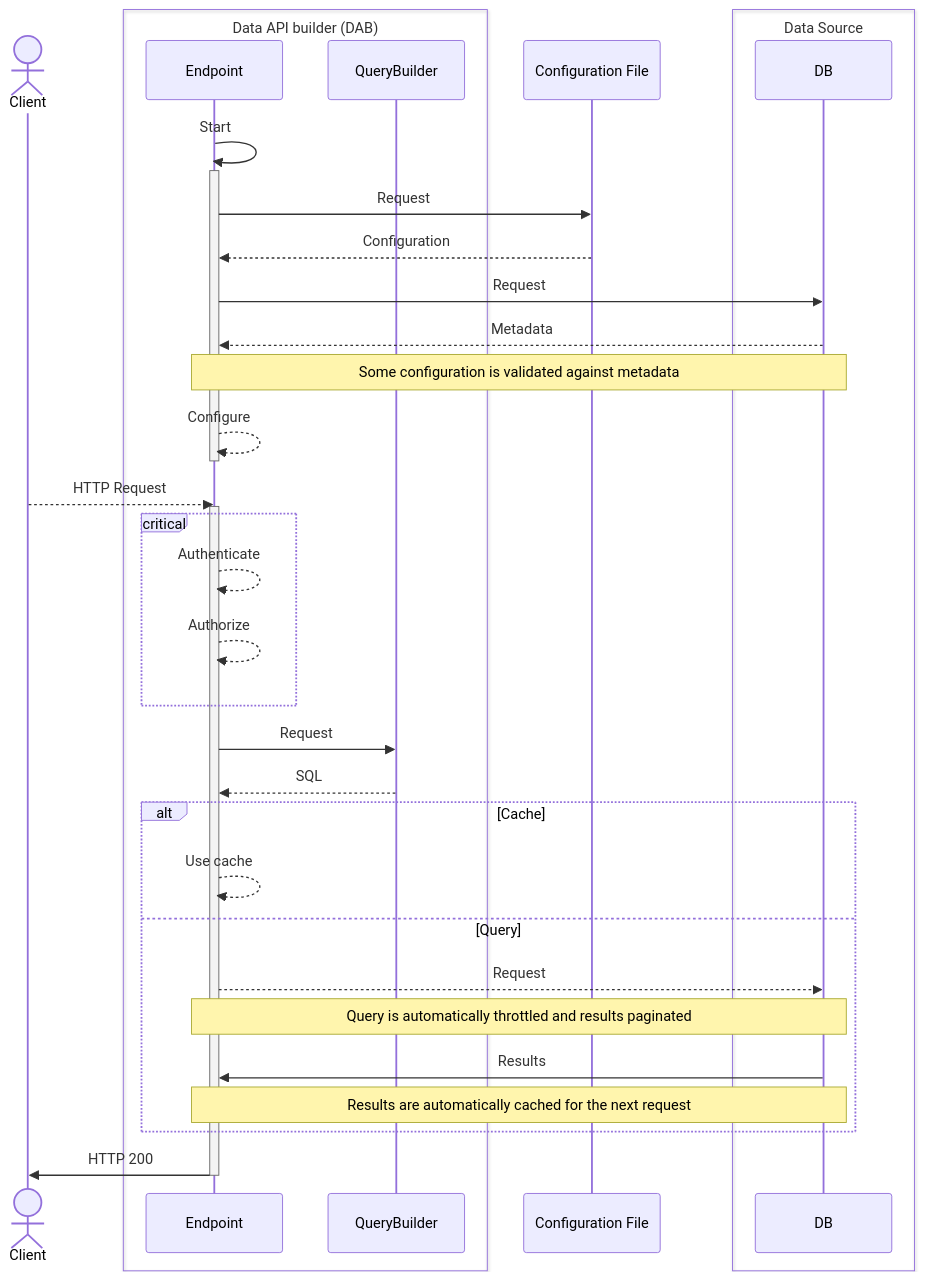
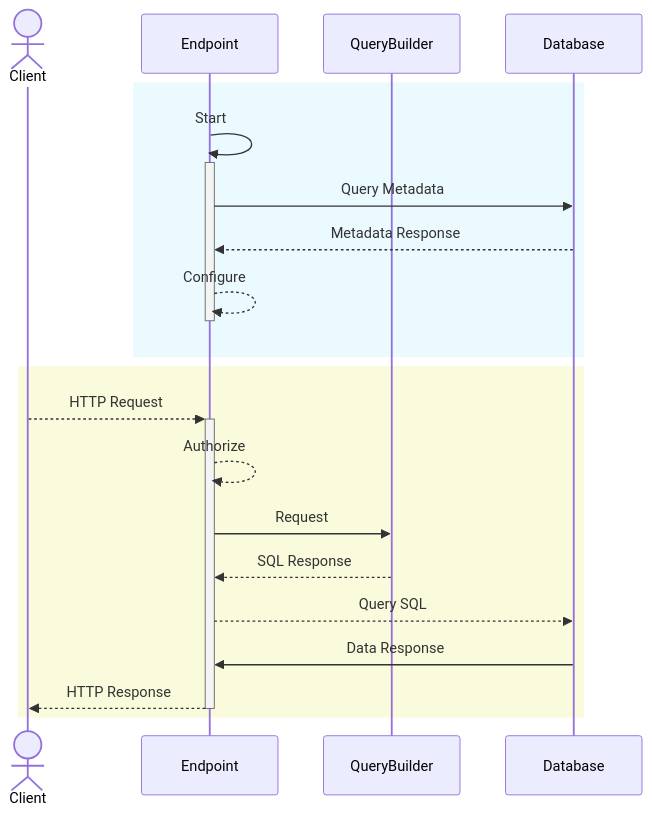
One commit to Azure/data-api-builder changed the diagram in README.md. Above: the diagram before and after it, drawn with Mermaid.

Commit message:
Updated mermaid

````diff
--- a/README.md
+++ b/README.md
@@ -199,43 +199,26 @@
 ```mermaid
 sequenceDiagram
-    actor Client
+  actor Client as Client
+  participant Endpoint as Endpoint
+  participant QueryBuilder as QueryBuilder
+  participant DB as Database
 
-    box Data API builder (DAB)
-        participant Endpoint
-        participant QueryBuilder
-    end
+  %% Initialization / Warming up section
+  rect rgb(235, 250, 255)
+    Endpoint ->>+ Endpoint: Start
+    Endpoint ->> DB: Query Metadata
+    DB -->> Endpoint: Metadata Response
+    Endpoint -->>- Endpoint: Configure
+  end
 
-    participant Configuration as Configuration File
-
-    box Data Source
-        participant DB
-    end
-
-    Endpoint->>Endpoint: Start
-    activate Endpoint
-        Endpoint->>Configuration: Request
-        Configuration-->>Endpoint: Configuration
-        Endpoint->>DB: Request
-        DB-->>Endpoint: Metadata
-            Note over Endpoint, DB: Some configuration is validated against metadata
-        Endpoint-->>Endpoint: Configure
-    deactivate Endpoint
-    Client-->>Endpoint: HTTP Request
-    activate Endpoint
-        critical
-        Endpoint-->>Endpoint: Authenticate
-        Endpoint-->>Endpoint: Authorize
-        end
-        Endpoint->>QueryBuilder: Request
-        QueryBuilder-->>Endpoint: SQL
-        alt Cache
-            Endpoint-->>Endpoint: Use cache
-        else Query
-            Endpoint-->>DB: Request
-            Note over Endpoint, DB: Query is automatically throttled and results paginated
-            DB->>Endpoint: Results
-            Note over Endpoint, DB: Results are automatically cached for the next request
-        end
-        Endpoint->>Client: HTTP 200
-    deactivate Endpoint
+  %% Request/Response section
+  rect rgb(250, 250, 220)
+    Client -->>+ Endpoint: HTTP Request
+      Endpoint -->> Endpoint: Authorize
+    Endpoint ->> QueryBuilder: Request
+    QueryBuilder -->> Endpoint: SQL Response
+      Endpoint -->> DB: Query SQL
+      DB ->> Endpoint: Data Response
+    Endpoint -->>- Client: HTTP Response
+  end
 ```
````
